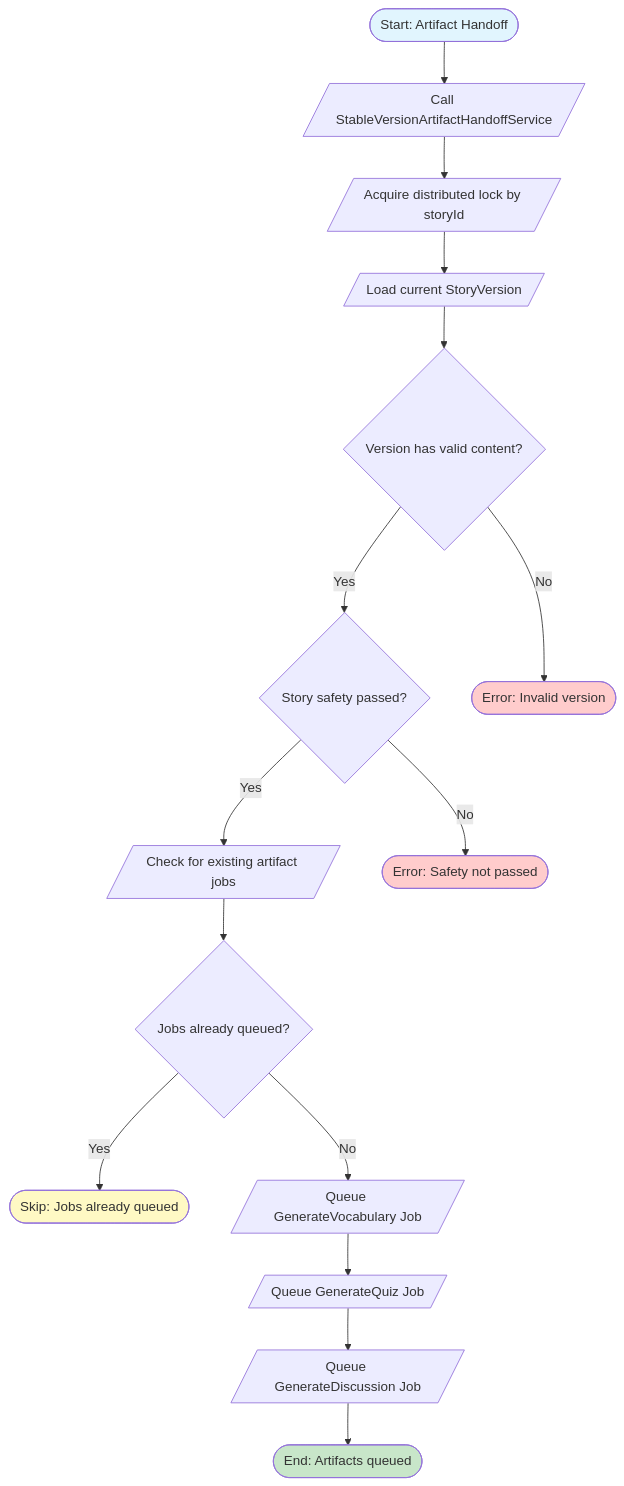
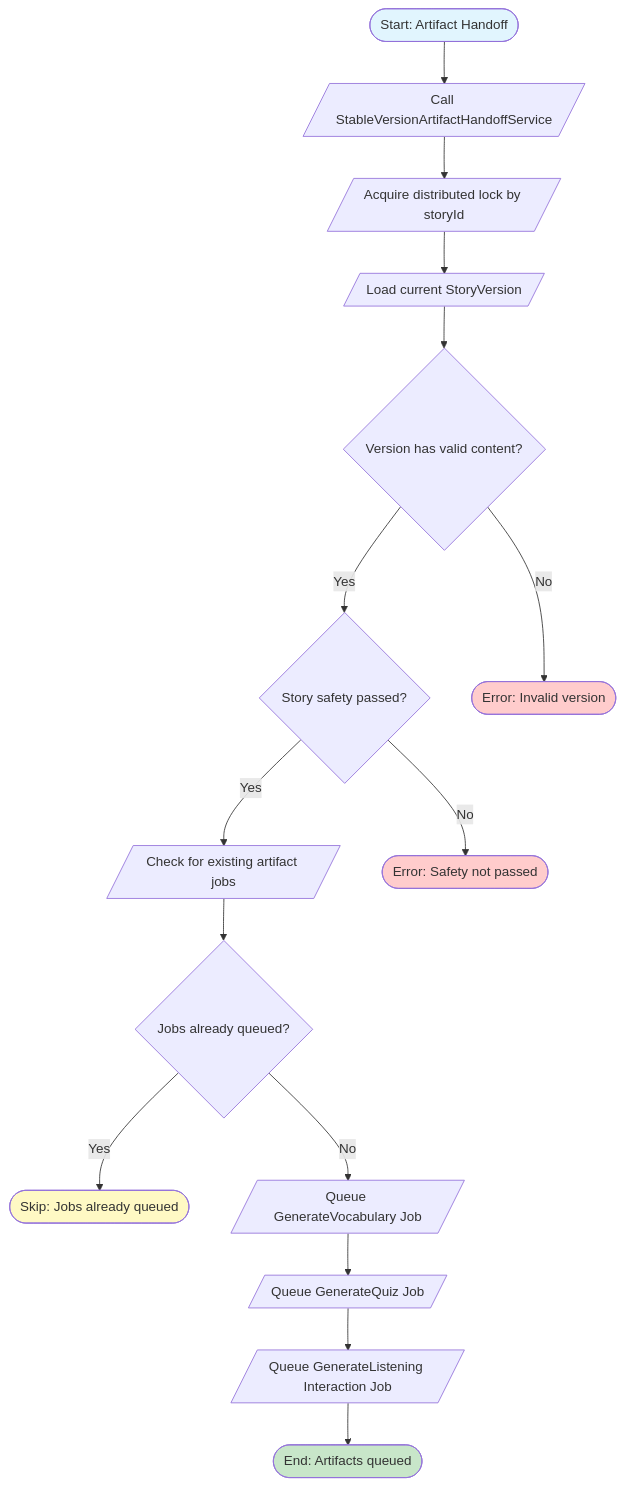
One commit to FA26SE142-GFA26SE04-AI-Storytelling/AI_Storytelling_Backend changed diagram 20 of 23 in src/AI/AI_Story_Generation_Activity_Diagram.md. Above: the diagram before and after it, drawn with Mermaid. The commit also changed other lines of this file and 170 other files, not shown here.

First line of the commit message:
refactor(discussion): remove discussion questions in favor of listening interactions

````diff
--- a/src/AI/AI_Story_Generation_Activity_Diagram.md
+++ b/src/AI/AI_Story_Generation_Activity_Diagram.md
@@ -890,28 +890,28 @@
 ```mermaid
 flowchart TD
     A([Start: Artifact Handoff])
     B[/Call StableVersionArtifactHandoffService/]
     C[/Acquire distributed lock by storyId/]
     D[/Load current StoryVersion/]
     E{Version has valid content?}
     F{Story safety passed?}
     G[/Check for existing artifact jobs/]
     H{Jobs already queued?}
 
     A --> B --> C --> D --> E
     E -->|No| X1([Error: Invalid version])
     E -->|Yes| F
     F -->|No| X2([Error: Safety not passed])
     F -->|Yes| G --> H
     H -->|Yes| Y1([Skip: Jobs already queued])
     H -->|No| I[/Queue GenerateVocabulary Job/]
     I --> J[/Queue GenerateQuiz Job/]
-    J --> K[/Queue GenerateDiscussion Job/]
+    J --> K[/Queue GenerateListening Interaction Job/]
     K --> Y2([End: Artifacts queued])
 
     style A fill:#e1f5fe
     style Y1 fill:#fff9c4
     style Y2 fill:#c8e6c9
     style X1 fill:#ffcccc
     style X2 fill:#ffcccc
 ```
````
